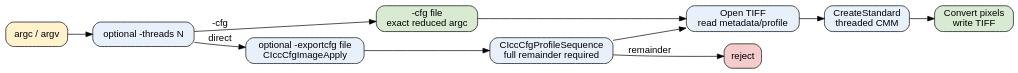
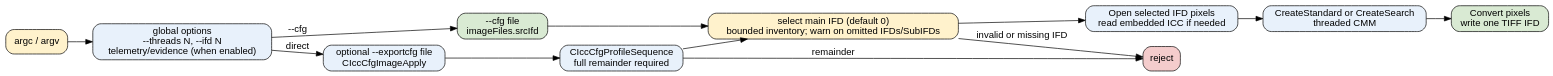
One commit to InternationalColorConsortium/iccDEV changed the diagram in docs/iccapply/diagrams/profiles-lane.dot. Above: the diagram before and after it, drawn with Graphviz. The commit also changed 72 other files, not shown here.

Commit message:
Fix: tiff: select main IFDs & report libtiff runtime (#2957)

```diff
--- a/docs/iccapply/diagrams/profiles-lane.dot
+++ b/docs/iccapply/diagrams/profiles-lane.dot
@@ -1,21 +1,24 @@
 digraph profiles_lane {
   graph [rankdir=LR, bgcolor="transparent", fontname="Helvetica"];
   node [shape=box, style="rounded,filled", fontname="Helvetica", fillcolor="#e8f1fb"];
   edge [fontname="Helvetica"];
   entry [label="argc / argv", fillcolor="#fff2cc"];
-  threads [label="optional -threads N"];
-  cfg [label="-cfg file\nexact reduced argc", fillcolor="#d9ead3"];
-  direct [label="optional -exportcfg file\nCIccCfgImageApply"];
+  options [label="global options\n--threads N, --ifd N\ntelemetry/evidence (when enabled)"];
+  cfg [label="--cfg file\nimageFiles.srcIfd", fillcolor="#d9ead3"];
+  direct [label="optional --exportcfg file\nCIccCfgImageApply"];
   sequence [label="CIccCfgProfileSequence\nfull remainder required"];
-  tiff [label="Open TIFF\nread metadata/profile"];
-  cmm [label="CreateStandard\nthreaded CMM"];
-  output [label="Convert pixels\nwrite TIFF", fillcolor="#d9ead3"];
+  inventory [label="select main IFD (default 0)\nbounded inventory; warn on omitted IFDs/SubIFDs", fillcolor="#fff2cc"];
+  tiff [label="Open selected IFD pixels\nread embedded ICC if needed"];
+  cmm [label="CreateStandard or CreateSearch\nthreaded CMM"];
+  output [label="Convert pixels\nwrite one TIFF IFD", fillcolor="#d9ead3"];
   reject [label="reject", fillcolor="#f4cccc"];
-  entry -> threads;
-  threads -> cfg [label="-cfg"];
-  threads -> direct [label="direct"];
-  cfg -> tiff;
-  direct -> sequence -> tiff;
+  entry -> options;
+  options -> cfg [label="--cfg"];
+  options -> direct [label="direct"];
+  cfg -> inventory;
+  direct -> sequence -> inventory;
   sequence -> reject [label="remainder"];
+  inventory -> reject [label="invalid or missing IFD"];
+  inventory -> tiff;
   tiff -> cmm -> output;
 }
```
